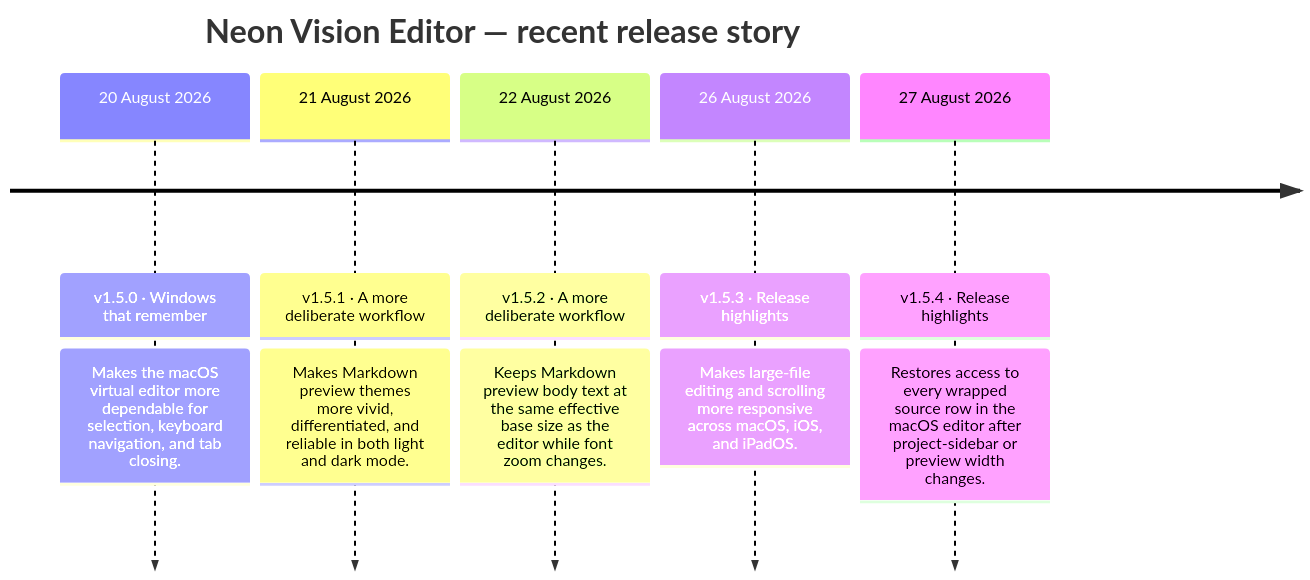
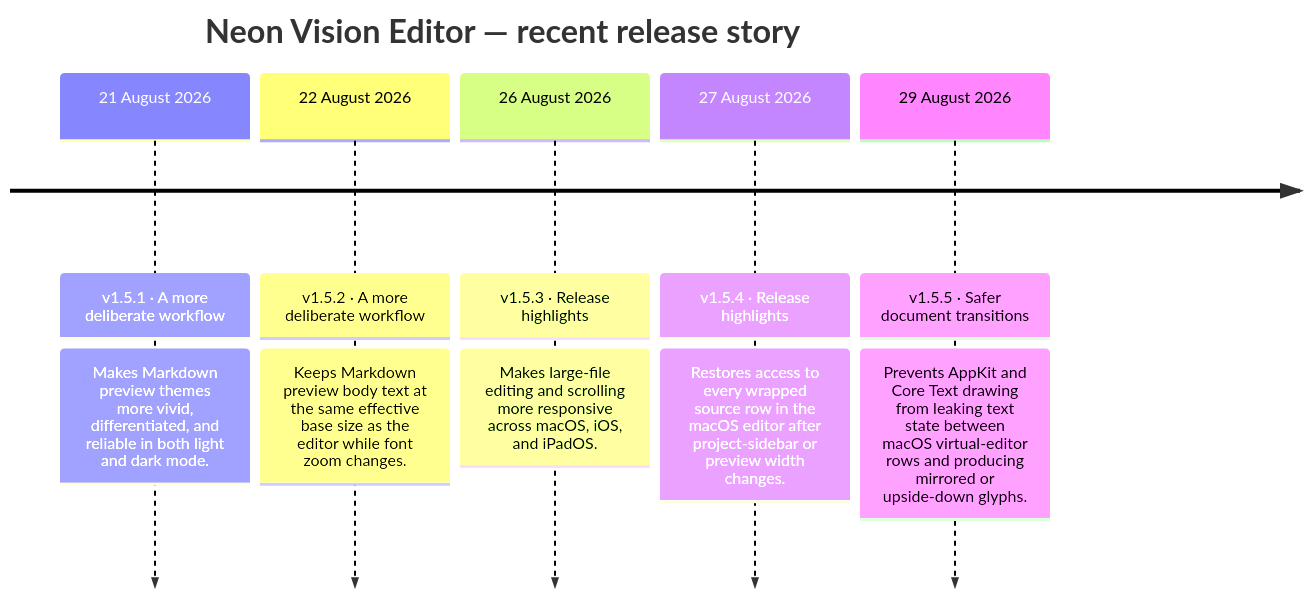
Before and after one commit to h3pdesign/Neon-Vision-Editor: the second of 2 diagrams in README.md, drawn with Mermaid. The commit also changed other lines of this file and 12 other files, not shown here.

````diff
--- a/README.md
+++ b/README.md
@@ -780,14 +779,14 @@
 ```mermaid
 timeline
     title Neon Vision Editor — recent release story
-    20 August 2026 : v1.5.0 · Windows that remember
-                : Makes the macOS virtual editor more dependable for selection, keyboard navigation, and tab closing.
     21 August 2026 : v1.5.1 · A more deliberate workflow
                 : Makes Markdown preview themes more vivid, differentiated, and reliable in both light and dark mode.
     22 August 2026 : v1.5.2 · A more deliberate workflow
                 : Keeps Markdown preview body text at the same effective base size as the editor while font zoom changes.
     26 August 2026 : v1.5.3 · Release highlights
                 : Makes large-file editing and scrolling more responsive across macOS, iOS, and iPadOS.
     27 August 2026 : v1.5.4 · Release highlights
                 : Restores access to every wrapped source row in the macOS editor after project-sidebar or preview width changes.
+    29 August 2026 : v1.5.5 · Safer document transitions
+                : Prevents AppKit and Core Text drawing from leaking text state between macOS virtual-editor rows and producing mirrored or upside-down glyphs.
 ```
````
